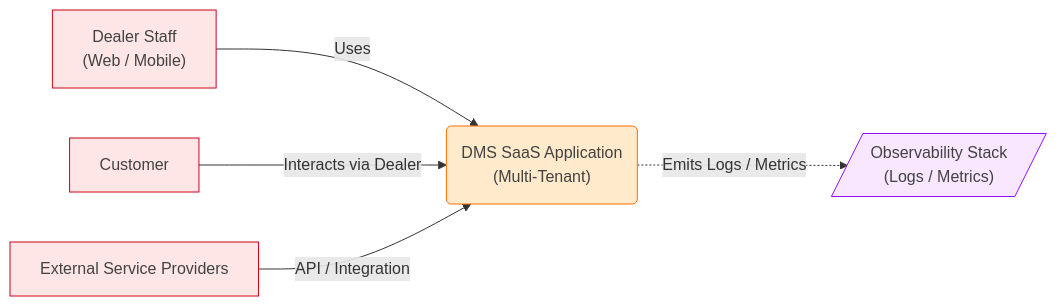
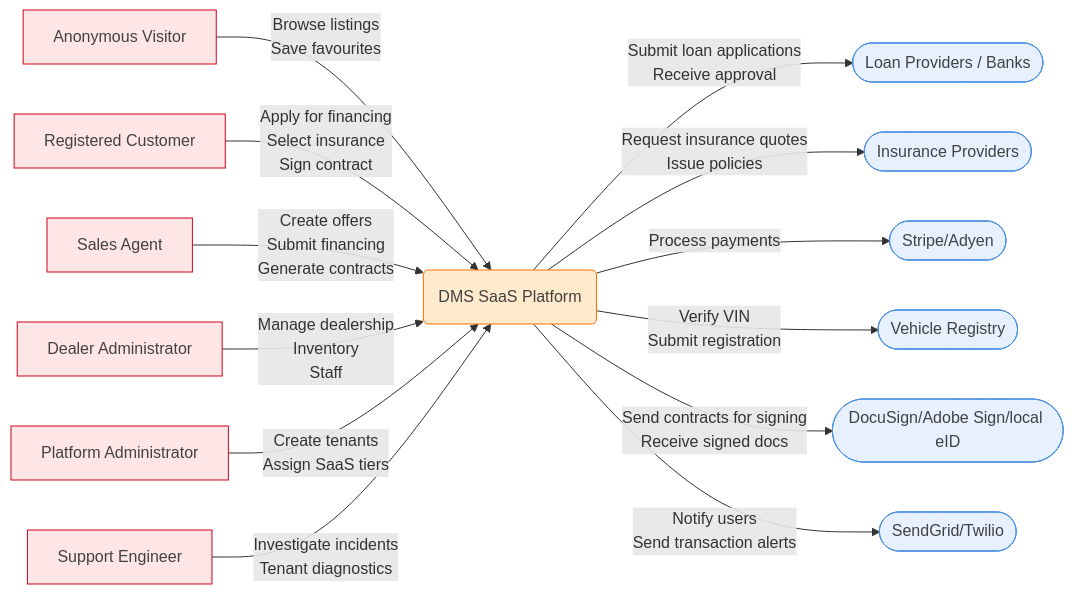
The diagram in diagrams/dms-context.mmd (occamarazor/dms-showcase), drawn with Mermaid before and after one commit. The commit also changed 2 other files, not shown here.

Commit message:
Diagrams: context extended with actors & external systems

```diff
--- a/diagrams/dms-context.mmd
+++ b/diagrams/dms-context.mmd
@@ -1,47 +1,93 @@
 %% =========================================
-%% C4 Level 1 — Context Diagram
-%% Actors + external dependencies
+%% C4 Level 1 — Context
+%% Actors + external systems
 %% =========================================
 flowchart LR
-    %% =========================================
-    %% Elements
-    %% =========================================
 
-    %% External
-    DEALER["Dealer Staff<br>(Web / Mobile)"]
-    CUSTOMER["Customer"]
-    PARTNERS["External Service Providers"]
+%% =========================================
+%% Actors
+%% =========================================
 
-    %% System Under Design
-    APP["DMS SaaS Application<br>(Multi-Tenant)"]
+%% ---- Customers ----
+ANON["Anonymous Visitor"]
+CUSTOMER["Registered Customer"]
+%% ---- Tenant-Level ----
+SALES["Sales Agent"]
+DEALER_ADMIN["Dealer Administrator"]
+%% ---- Platform-Level ----
+PLATFORM_ADMIN["Platform Administrator"]
+SUPPORT["Support Engineer"]
 
-    %% External Systems
-    OBS["Observability Stack<br>(Logs / Metrics)"]
+%% =========================================
+%% Core Platform
+%% =========================================
 
-    %% =========================================
-    %% Relationships
-    %% =========================================
+DMS["DMS SaaS Platform"]
 
-    DEALER -->|Uses| APP
-    CUSTOMER -->|Interacts via Dealer| APP
-    PARTNERS -->|API / Integration| APP
+%% =========================================
+%% External Systems
+%% =========================================
 
-    APP -.->|Emits Logs / Metrics| OBS
+%% ---- Financial Systems ----
+BANKS["Loan Providers / Banks"]
+INSURANCE["Insurance Providers"]
 
-    %% =========================================
-    %% Legend (Authoritative)
-    %% =========================================
+%% ---- Payment Gateways ----
+PAYMENT["Stripe/Adyen"]
 
-    %% Shapes
-    APP@{ shape: rounded }
-    OBS@{ shape: lean-r }
+%% ---- Government / Vehicle Registries ----
+VEHICLE_REG["Vehicle Registry"]
 
-    %% Classes
-    class DEALER,CUSTOMER,PARTNERS client
-    class APP app
-    class OBS obs
+%% ---- eSignature Providers ----
+ESIGN["DocuSign/Adobe Sign/local eID"]
 
-    %% Colors
-    classDef client fill:#ffe6e6,stroke:#d0021b,color:#424242;
-    classDef app fill:#ffeacc,stroke:#ff6d00,color:#424242;
-    classDef obs fill:#f9e6ff,stroke:#9013fe,color:#424242;
+%% ---- Notification Infrastructure ----
+NOTIFY["SendGrid/Twilio"]
+
+%% =========================
+%% Interactions
+%% =========================
+
+%% ---- Actors ----
+ANON -->|Browse listings<br>Save favourites| DMS
+CUSTOMER -->|Apply for financing<br>Select insurance<br>Sign contract| DMS
+SALES -->|Create offers<br>Submit financing<br>Generate contracts| DMS
+DEALER_ADMIN -->|Manage dealership<br>Inventory<br>Staff| DMS
+PLATFORM_ADMIN -->|Create tenants<br>Assign SaaS tiers| DMS
+SUPPORT -->|Investigate incidents<br>Tenant diagnostics| DMS
+
+%% ---- External Systems ----
+DMS -->|Submit loan applications<br>Receive approval| BANKS
+DMS -->|Request insurance quotes<br>Issue policies| INSURANCE
+DMS -->|Process payments| PAYMENT
+DMS -->|Verify VIN<br>Submit registration| VEHICLE_REG
+DMS -->|Send contracts for signing<br>Receive signed docs| ESIGN
+DMS -->|Notify users<br>Send transaction alerts| NOTIFY
+
+%% =========================
+%% Shapes
+%% =========================
+
+DMS@{ shape: rounded }
+BANKS@{ shape: stadium }
+INSURANCE@{ shape: stadium }
+PAYMENT@{ shape: stadium }
+VEHICLE_REG@{ shape: stadium }
+ESIGN@{ shape: stadium }
+NOTIFY@{ shape: stadium }
+
+%% =========================
+%% Classes
+%% =========================
+
+class ANON,CUSTOMER,SALES,DEALER_ADMIN,PLATFORM_ADMIN,SUPPORT client
+class DMS app
+class BANKS,INSURANCE,PAYMENT,VEHICLE_REG,ESIGN,NOTIFY infra
+
+%% =========================
+%% Palette (Legend)
+%% =========================
+
+classDef client fill:#ffe6e6,stroke:#d0021b,color:#424242;
+classDef infra fill:#e6f0ff,stroke:#4a90e2,color:#424242;
+classDef app fill:#ffeacc,stroke:#ff6d00,color:#424242;
```
